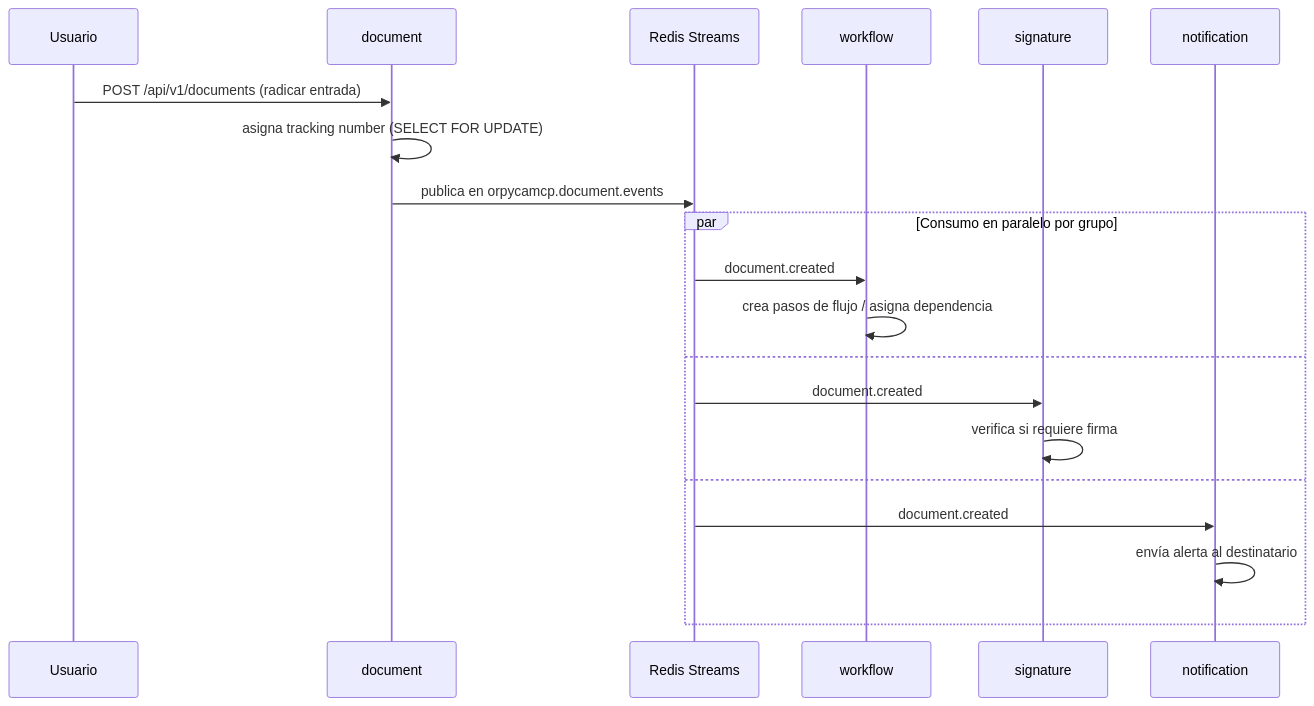
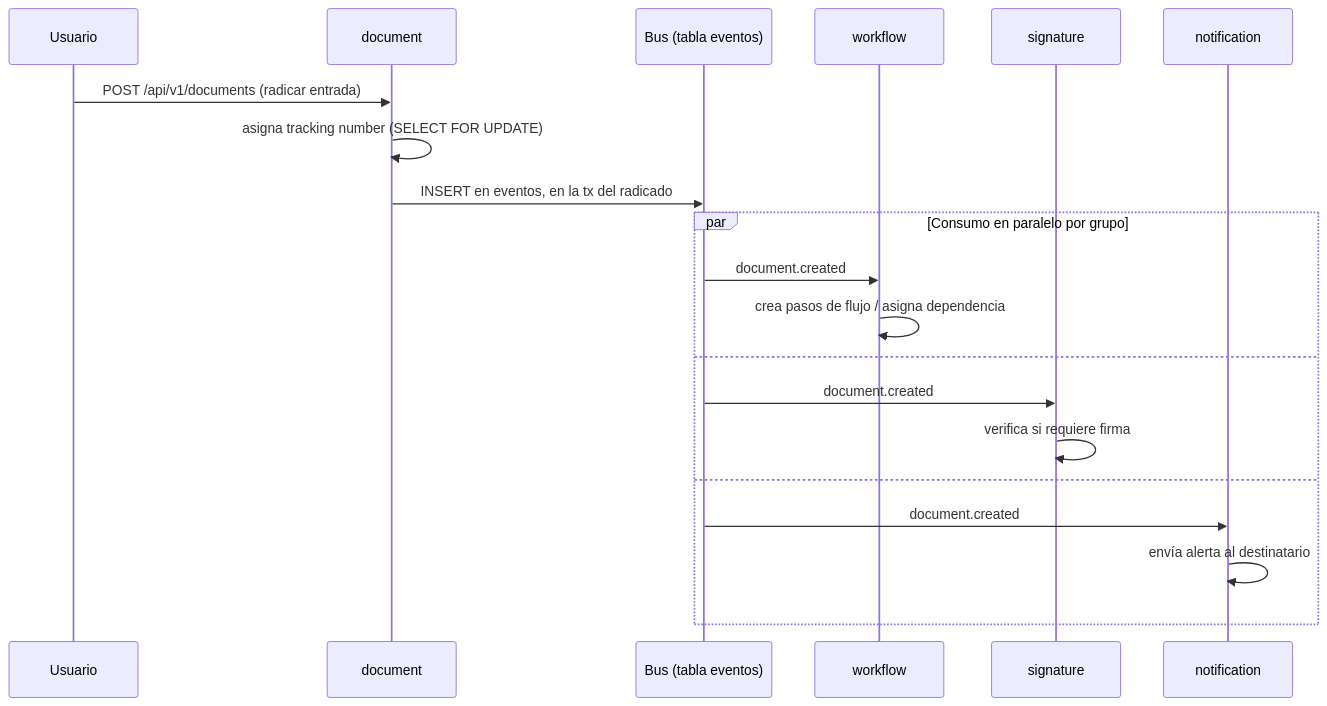
Before and after one commit to camilo1rp/docuboto: the second of 4 diagrams in docs/es/architecture.md, drawn with Mermaid. The commit also changed other lines of this file and 41 other files, not shown here.

````diff
--- a/docs/es/architecture.md
+++ b/docs/es/architecture.md
@@ -234,23 +235,23 @@
 ```mermaid
 sequenceDiagram
     participant U as Usuario
     participant DOC as document
-    participant R as Redis Streams
+    participant R as Bus (tabla eventos)
     participant WF as workflow
     participant SIG as signature
     participant NOT as notification
 
     U->>DOC: POST /api/v1/documents (radicar entrada)
     DOC->>DOC: asigna tracking number (SELECT FOR UPDATE)
-    DOC->>R: publica en orpycamcp.document.events
+    DOC->>R: INSERT en eventos, en la tx del radicado
     par Consumo en paralelo por grupo
         R->>WF: document.created
         WF->>WF: crea pasos de flujo / asigna dependencia
     and
         R->>SIG: document.created
         SIG->>SIG: verifica si requiere firma
     and
         R->>NOT: document.created
         NOT->>NOT: envía alerta al destinatario
     end
 ```
````
